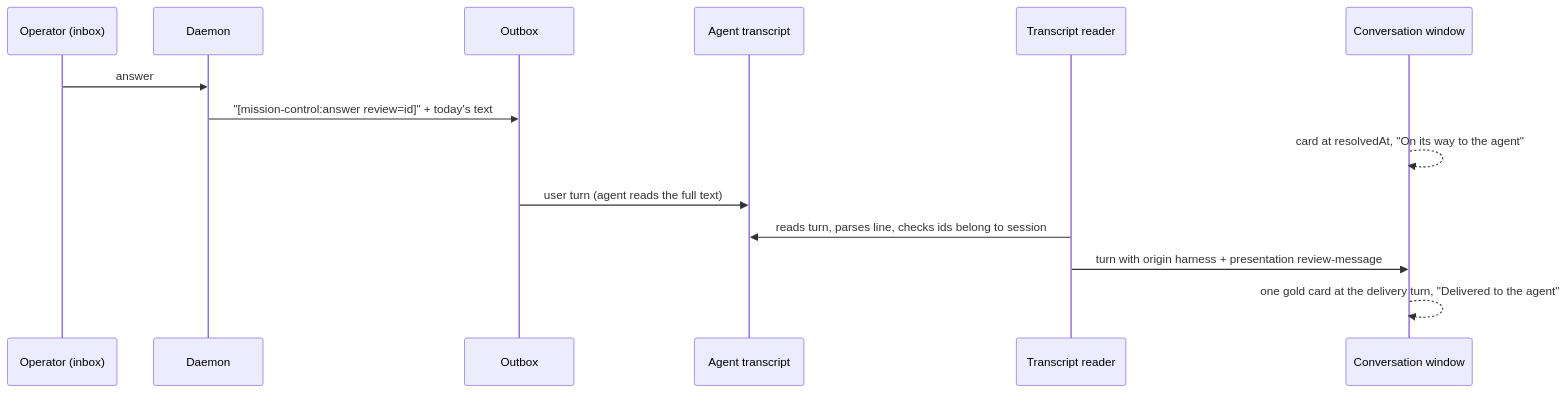
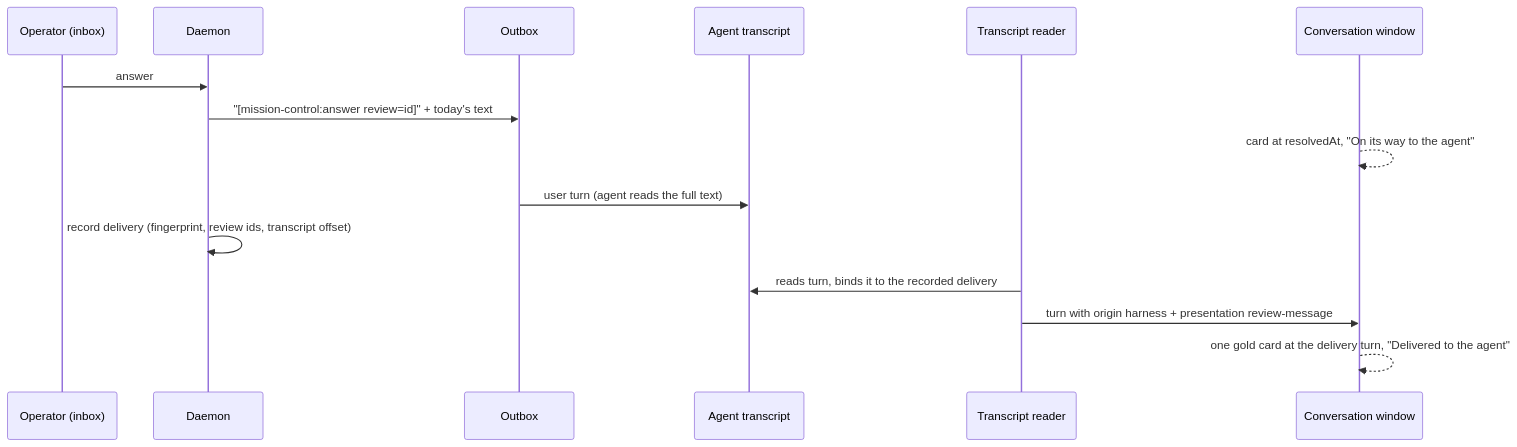
Before and after one commit to teamupstart/mission-control: the diagram in docs/plans/async-input-answer-cards/plan.md, drawn with Mermaid. The commit also changed other lines of this file and 2 other files, not shown here.

First line of the commit message:
docs(plans): bind answer-card recognition to a recorded daemon delivery

````diff
--- a/docs/plans/async-input-answer-cards/plan.md
+++ b/docs/plans/async-input-answer-cards/plan.md
@@ -151,16 +169,17 @@
 ```mermaid
 sequenceDiagram
   participant H as Operator (inbox)
   participant D as Daemon
   participant O as Outbox
   participant A as Agent transcript
   participant T as Transcript reader
   participant W as Conversation window
   H->>D: answer
   D->>O: "[mission-control:answer review=id]" + today's text
   W-->>W: card at resolvedAt, "On its way to the agent"
   O->>A: user turn (agent reads the full text)
-  T->>A: reads turn, parses line, checks ids belong to session
+  D->>D: record delivery (fingerprint, review ids, transcript offset)
+  T->>A: reads turn, binds it to the recorded delivery
   T->>W: turn with origin harness + presentation review-message
   W-->>W: one gold card at the delivery turn, "Delivered to the agent"
 ```
````
